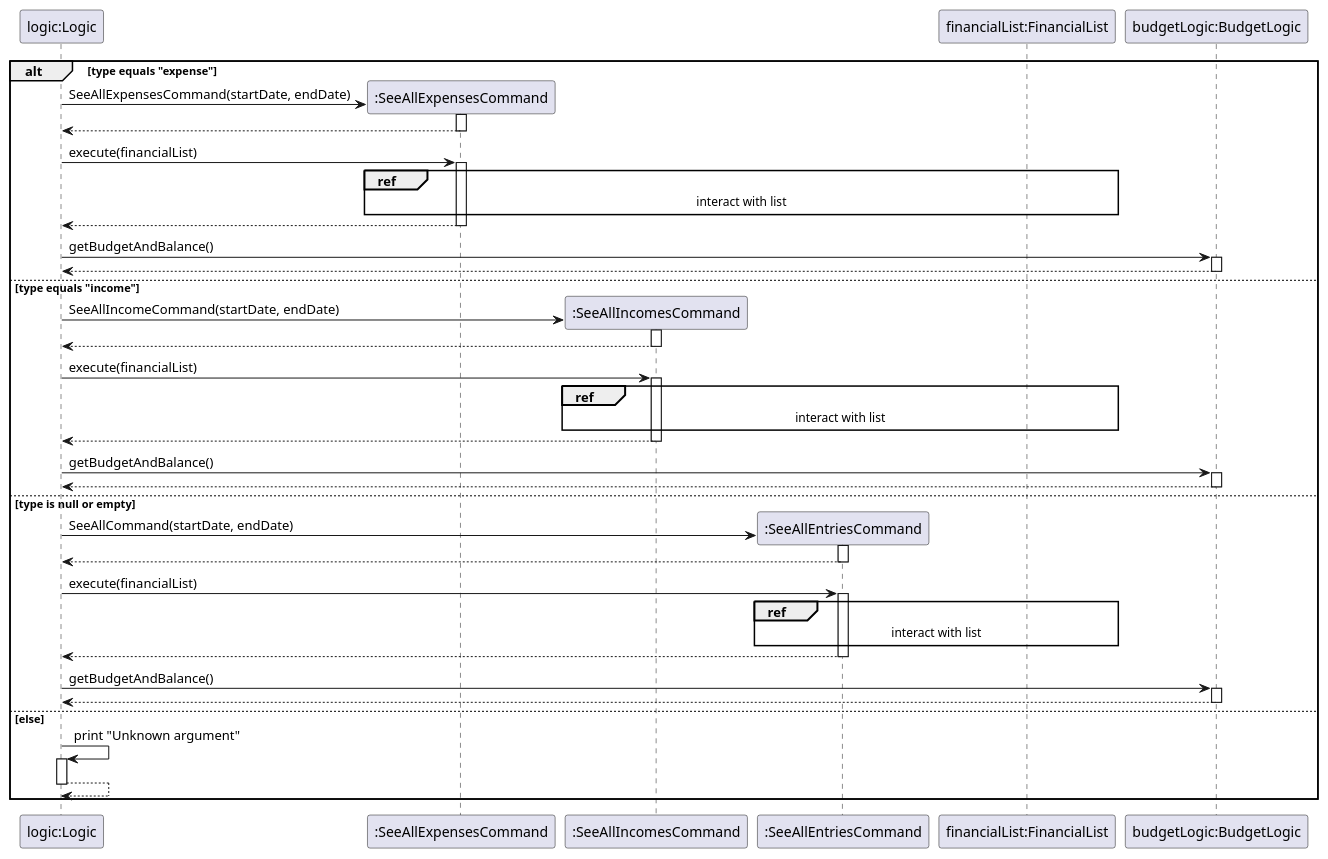
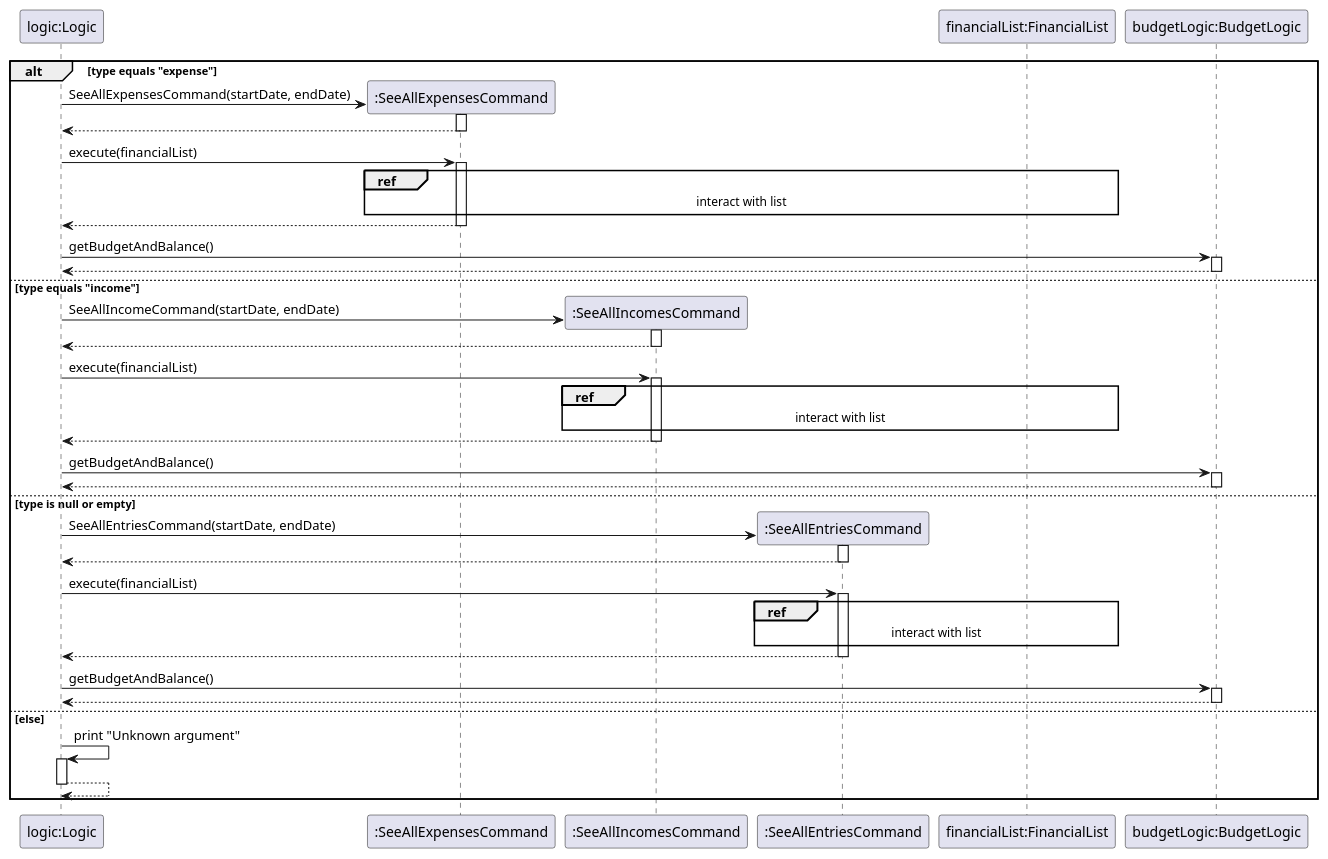
The second of 2 diagrams in docs/UML/SeeAllEntriesOverview.puml (nus-cs2113-AY2425S1/tp), drawn with PlantUML before and after one commit. The commit also changed 1 other file, not shown here.

```diff
--- a/docs/UML/SeeAllEntriesOverview.puml
+++ b/docs/UML/SeeAllEntriesOverview.puml
@@ -49,60 +49,60 @@
 @startuml
 participant "logic:Logic" as app
 participant ":SeeAllExpensesCommand" as expense
 participant ":SeeAllIncomesCommand" as income
 participant ":SeeAllEntriesCommand" as all
 participant "financialList:FinancialList" as list
 participant "budgetLogic:BudgetLogic" as bl
 ' Command execution based on type
 
     alt type equals "expense"
         create expense
         app -> expense ** : SeeAllExpensesCommand(startDate, endDate)
         activate expense
         return
         app -> expense : execute(financialList)
         activate expense
         ref over expense, list
         interact with list
         end
         return
         app -> bl : getBudgetAndBalance()
         activate bl
         return
     else type equals "income"
         create income
         app -> income ** : SeeAllIncomeCommand(startDate, endDate)
         activate income
         return
         app -> income : execute(financialList)
         activate income
         ref over income, list
         interact with list
         end
         return
         app -> bl : getBudgetAndBalance()
         activate bl
         return
     else type is null or empty
         create all
-        app -> all ** : SeeAllCommand(startDate, endDate)
+        app -> all ** : SeeAllEntriesCommand(startDate, endDate)
         activate all
         return
         app -> all : execute(financialList)
         activate all
         ref over all, list
         interact with list
         end
         return
         app -> bl : getBudgetAndBalance()
         activate bl
         return
     else else
         app -> app : print "Unknown argument"
         activate app
         return
     end
 
 
 
 @enduml
```
